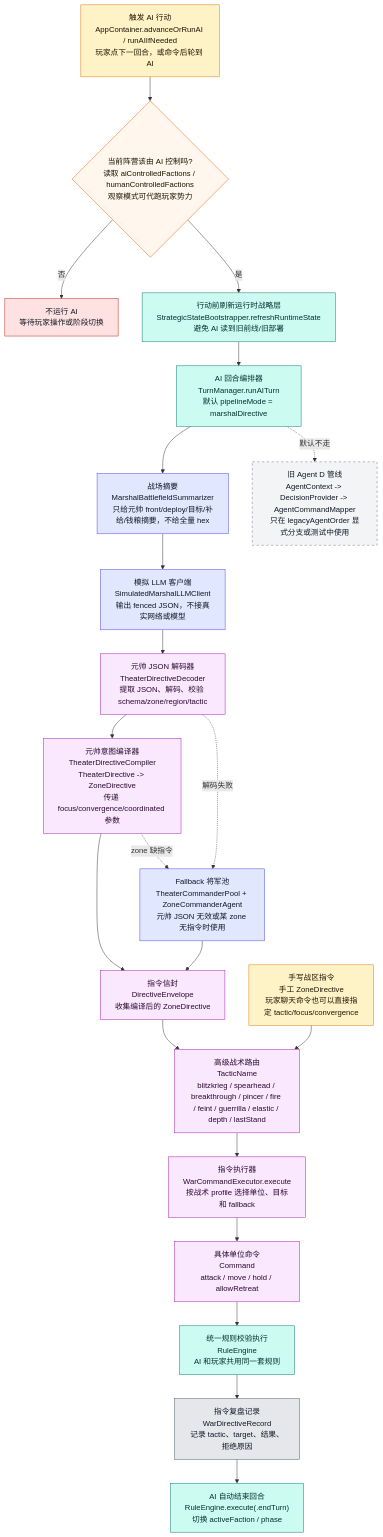
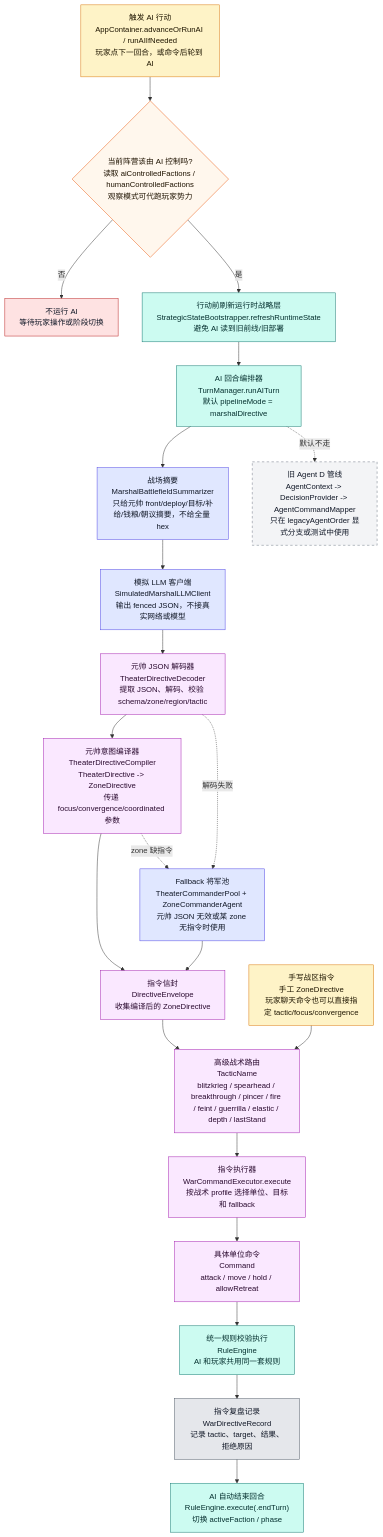
The fifth of 9 diagrams in md/flow/flowchart.md (Altman-sam114/123), drawn with Mermaid before and after one commit. The commit also changed other lines of this file and 12 other files, not shown here.

````diff
--- a/md/flow/flowchart.md
+++ b/md/flow/flowchart.md
@@ -275,43 +283,43 @@
 ```mermaid
 flowchart TD
     START["触发 AI 行动<br/>AppContainer.advanceOrRunAI / runAIIfNeeded<br/>玩家点下一回合，或命令后轮到 AI"]:::input
     CHECK{"当前阵营该由 AI 控制吗?<br/>读取 aiControlledFactions / humanControlledFactions<br/>观察模式可代跑玩家势力"}:::decision
     STOP["不运行 AI<br/>等待玩家操作或阶段切换"]:::stop
     REFRESH["行动前刷新运行时战略层<br/>StrategicStateBootstrapper.refreshRuntimeState<br/>避免 AI 读到旧前线/旧部署"]:::rules
     TM["AI 回合编排器<br/>TurnManager.runAITurn<br/>默认 pipelineMode = marshalDirective"]:::rules
-    SUM["战场摘要<br/>MarshalBattlefieldSummarizer<br/>只给元帅 front/deploy/目标/补给/钱粮摘要，不给全量 hex"]:::ai
+    SUM["战场摘要<br/>MarshalBattlefieldSummarizer<br/>只给元帅 front/deploy/目标/补给/钱粮/朝议摘要，不给全量 hex"]:::ai
     LLM["模拟 LLM 客户端<br/>SimulatedMarshalLLMClient<br/>输出 fenced JSON，不接真实网络或模型"]:::ai
     DEC["元帅 JSON 解码器<br/>TheaterDirectiveDecoder<br/>提取 JSON、解码、校验 schema/zone/region/tactic"]:::command
     COMP["元帅意图编译器<br/>TheaterDirectiveCompiler<br/>TheaterDirective -> ZoneDirective<br/>传递 focus/convergence/coordinated 参数"]:::command
     ENV["指令信封<br/>DirectiveEnvelope<br/>收集编译后的 ZoneDirective"]:::command
     TACTIC["高级战术路由<br/>TacticName<br/>blitzkrieg / spearhead / breakthrough / pincer / fire / feint / guerrilla / elastic / depth / lastStand"]:::command
     WCE["指令执行器<br/>WarCommandExecutor.execute<br/>按战术 profile 选择单位、目标和 fallback"]:::command
     BOTTOM["具体单位命令<br/>Command<br/>attack / move / hold / allowRetreat"]:::command
     RE["统一规则校验执行<br/>RuleEngine<br/>AI 和玩家共用同一套规则"]:::rules
     RECORD["指令复盘记录<br/>WarDirectiveRecord<br/>记录 tactic、target、结果、拒绝原因"]:::ui
     END["AI 自动结束回合<br/>RuleEngine.execute(.endTurn)<br/>切换 activeFaction / phase"]:::rules
 
     START --> CHECK
     CHECK -->|否| STOP
     CHECK -->|是| REFRESH --> TM --> SUM --> LLM --> DEC --> COMP --> ENV
     ENV --> TACTIC --> WCE --> BOTTOM --> RE --> RECORD --> END
 
     FALLBACK["Fallback 将军池<br/>TheaterCommanderPool + ZoneCommanderAgent<br/>元帅 JSON 无效或某 zone 无指令时使用"]:::ai
     DEC -.解码失败.-> FALLBACK --> ENV
     COMP -.zone 缺指令.-> FALLBACK
 
     LEGACY["旧 Agent D 管线<br/>AgentContext -> DecisionProvider -> AgentCommandMapper<br/>只在 legacyAgentOrder 显式分支或测试中使用"]:::legacy
     TM -.默认不走.-> LEGACY
 
     MANUAL["手写战区指令<br/>手工 ZoneDirective<br/>玩家聊天命令也可以直接指定 tactic/focus/convergence"]:::input
     MANUAL --> TACTIC
 
     classDef input fill:#fef3c7,stroke:#d97706,color:#1f1600
     classDef decision fill:#fff7ed,stroke:#ea580c,color:#1f1300
     classDef stop fill:#fee2e2,stroke:#b91c1c,color:#111827
     classDef rules fill:#ccfbf1,stroke:#0f766e,color:#042f2e
     classDef ai fill:#e0e7ff,stroke:#4f46e5,color:#111827
     classDef command fill:#fae8ff,stroke:#a21caf,color:#2a0a2f
     classDef ui fill:#e5e7eb,stroke:#4b5563,color:#111827
     classDef legacy fill:#f3f4f6,stroke:#6b7280,stroke-dasharray:5 5,color:#111827
 ```
````
